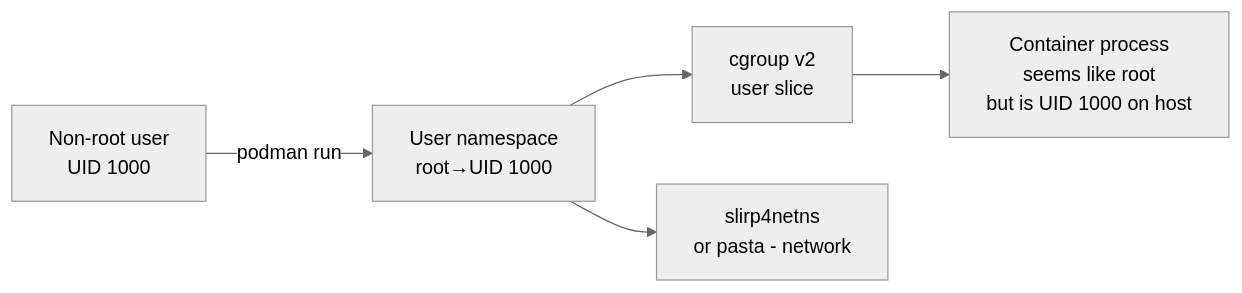
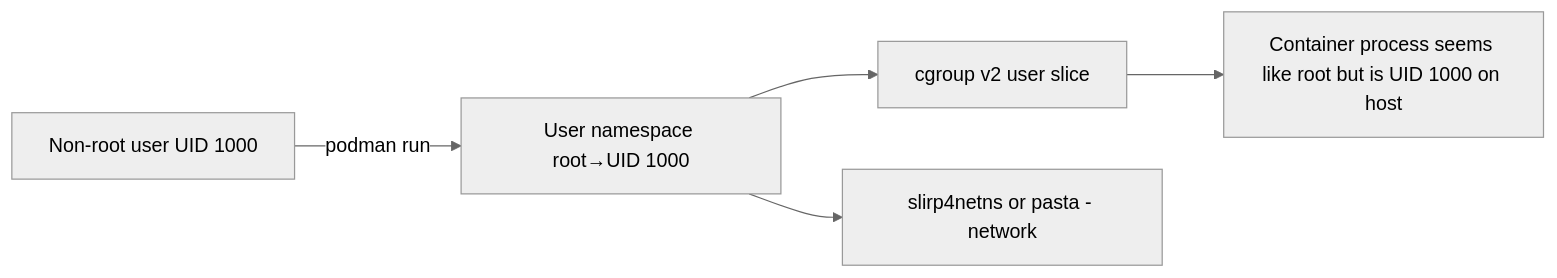
One commit to UncleJS/course_k3s changed the fifth of 7 diagrams in 16_podman_to_k3s/01_mental_model_shift.md. Above: the diagram before and after it, drawn with Mermaid (neutral theme). The commit also changed other lines of this file and 57 other files, not shown here.

````diff
--- a/16_podman_to_k3s/01_mental_model_shift.md
+++ b/16_podman_to_k3s/01_mental_model_shift.md
@@ -429,7 +429,7 @@
 ```mermaid
 flowchart LR
-    USER[Non-root user\nUID 1000] -->|podman run| NETNS[User namespace\nroot→UID 1000]
-    NETNS --> CGROUP[cgroup v2\nuser slice]
-    NETNS --> SLIRP[slirp4netns\nor pasta - network]
-    CGROUP --> CONT[Container process\nseems like root\nbut is UID 1000 on host]
+    USER[Non-root user UID 1000] -->|podman run| NETNS[User namespace root→UID 1000]
+    NETNS --> CGROUP[cgroup v2 user slice]
+    NETNS --> SLIRP[slirp4netns or pasta - network]
+    CGROUP --> CONT[Container process seems like root but is UID 1000 on host]
 ```
````
